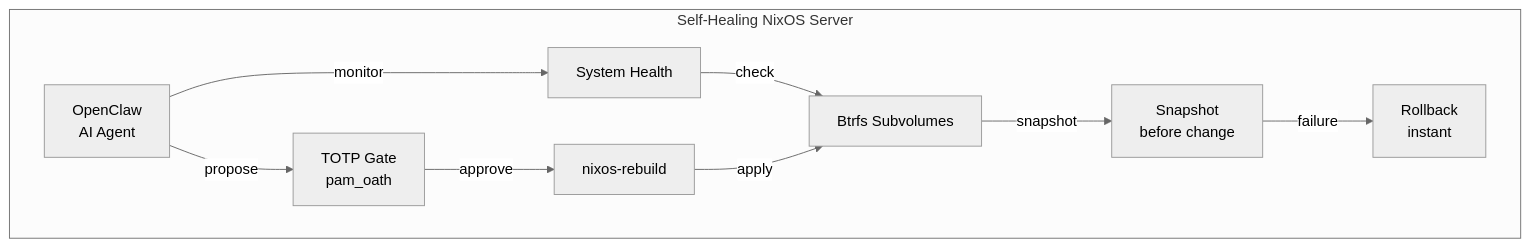
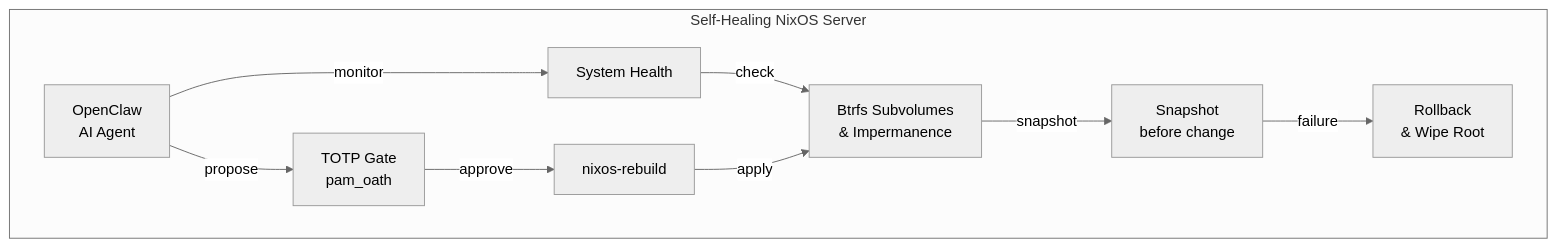
One commit to stars-labs/self-healing-nixos-infra changed the diagram in docs/intro.md. Above: the diagram before and after it, drawn with Mermaid (neutral theme). The commit also changed other lines of this file and 15 other files, not shown here.

First line of the commit message:
Fix Mermaid parse errors in Chinese docs

````diff
--- a/docs/intro.md
+++ b/docs/intro.md
@@ -22,13 +23,13 @@
 ```mermaid
 flowchart TB
     subgraph Server["Self-Healing NixOS Server"]
         direction LR
         A[OpenClaw<br/>AI Agent] -->|monitor| B[System Health]
         A -->|propose| C[TOTP Gate<br/>pam_oath]
         C -->|approve| D[nixos-rebuild]
-        B -->|check| E[Btrfs Subvolumes]
+        B -->|check| E[Btrfs Subvolumes<br/>& Impermanence]
         D -->|apply| E
         E -->|snapshot| F[Snapshot<br/>before change]
-        F -->|failure| G[Rollback<br/>instant]
+        F -->|failure| G[Rollback<br/>& Wipe Root]
     end
 ```
````
